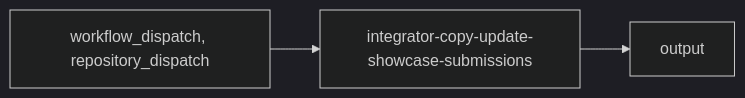
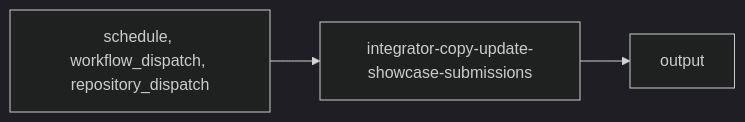
One commit to livepeer/docs changed the diagram in .github/workspace/actions-library/integrators/copy/integrator-copy-update-showcase-submissions.mdx. Above: the diagram before and after it, drawn with Mermaid (dark theme). The commit also changed other lines of this file and 512 other files, not shown here.

````diff
--- a/.github/workspace/actions-library/integrators/copy/integrator-copy-update-showcase-submissions.mdx
+++ b/.github/workspace/actions-library/integrators/copy/integrator-copy-update-showcase-submissions.mdx
@@ -43,5 +43,5 @@
 ```mermaid
 graph LR
-    TRIGGER["workflow_dispatch, repository_dispatch"] --> WF["integrator-copy-update-showcase-submissions"]
+    TRIGGER["schedule, workflow_dispatch, repository_dispatch"] --> WF["integrator-copy-update-showcase-submissions"]
     WF --> OUTPUT["output"]
 ```
````
